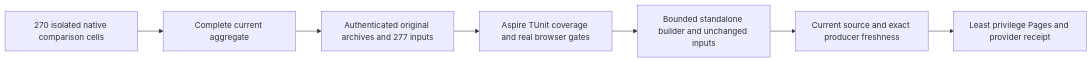
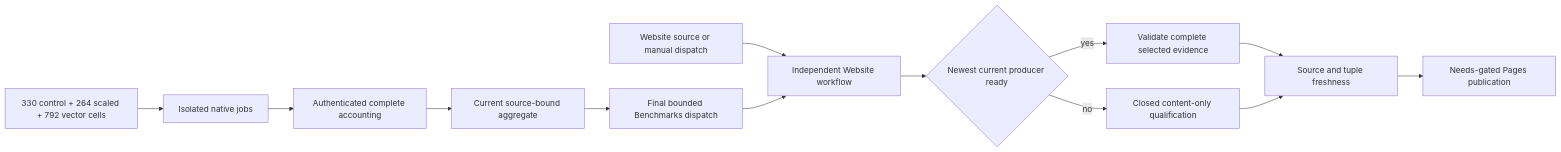
One commit to managedcode/KeyLoad changed the diagram in docs/ADR/ADR-076-current-cohort-publication.md. Above: the diagram before and after it, drawn with Mermaid. The commit also changed other lines of this file and 152 other files, not shown here.

Commit message:
Save current implementation and rename build/test workflow

````diff
--- a/docs/ADR/ADR-076-current-cohort-publication.md
+++ b/docs/ADR/ADR-076-current-cohort-publication.md
@@ -98,9 +105,15 @@
 ```mermaid
 flowchart LR
-    Cells[270 isolated native comparison cells] --> Aggregate[Complete current aggregate]
-    Aggregate --> Capture[Authenticated original archives and 277 inputs]
-    Capture --> Tests[Aspire TUnit coverage and real browser gates]
-    Tests --> Build[Bounded standalone builder and unchanged inputs]
-    Build --> Fresh[Current source and exact producer freshness]
-    Fresh --> Pages[Least privilege Pages and provider receipt]
+    Plan[330 control + 264 scaled + 792 vector cells] --> Jobs[Isolated native jobs]
+    Jobs --> Accounting[Authenticated complete accounting]
+    Accounting --> Aggregate[Current source-bound aggregate]
+    Source[Website source or manual dispatch] --> Website[Independent Website workflow]
+    Aggregate --> Trigger[Final bounded Benchmarks dispatch]
+    Trigger --> Website
+    Website --> Ready{Newest current producer ready}
+    Ready -->|yes| Measured[Validate complete selected evidence]
+    Ready -->|no| Content[Closed content-only qualification]
+    Measured --> Fresh[Source and tuple freshness]
+    Content --> Fresh
+    Fresh --> Pages[Needs-gated Pages publication]
 ```
````
